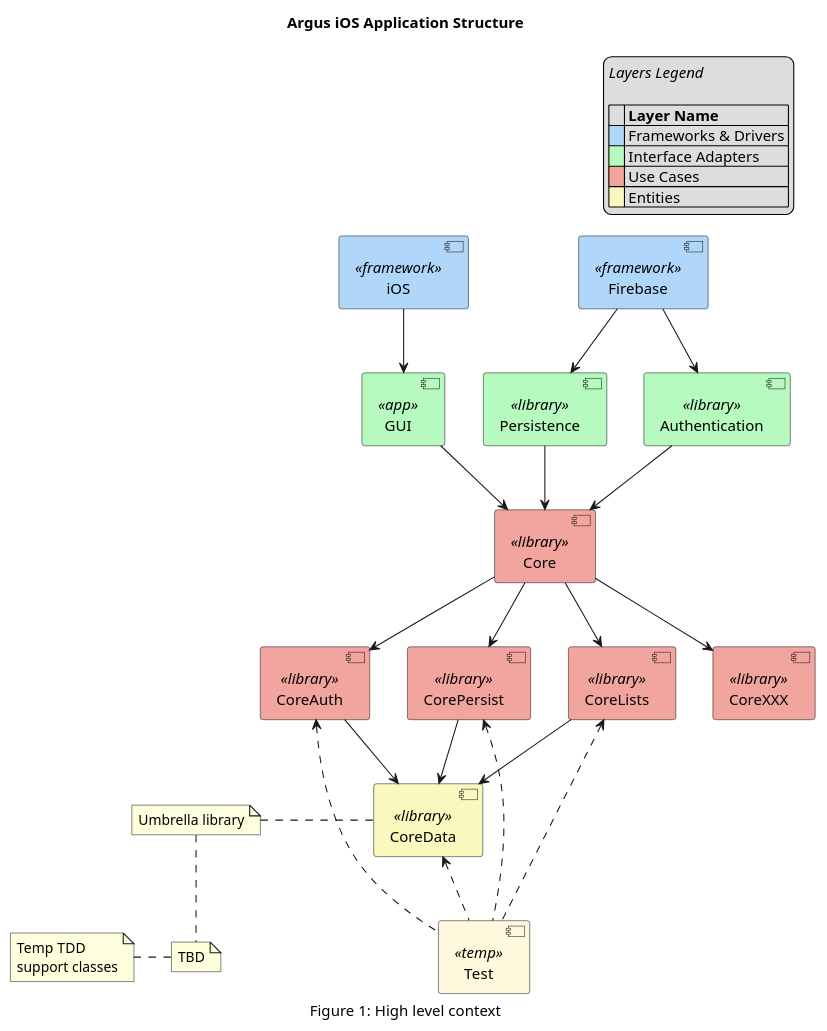
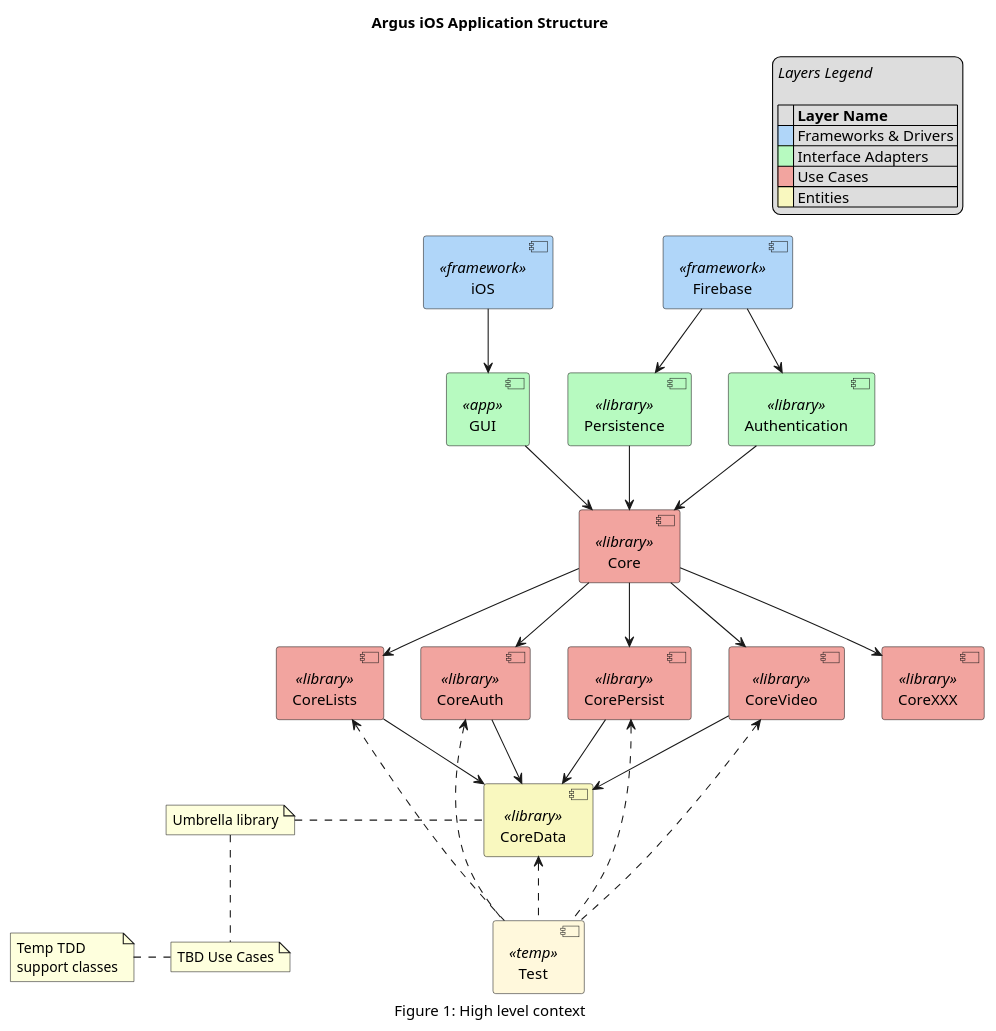
Before and after one commit to pajato/ArgusCoreSiX: the diagram in notes.org, drawn with PlantUML. The commit also changed 1 other file, not shown here.

Commit message:
Add video use case module; update the archictecture diagram.

```diff
--- a/notes.org
+++ b/notes.org
@@ -2,48 +2,52 @@
 #+begin_src plantuml :file context.png
 caption Figure 1: High level context
 title Argus iOS Application Structure
 
 legend top right
 <i>Layers Legend</i>
 
 | |= Layer Name |
 |<back:#B0D6F9>    </back>| Frameworks & Drivers |
 |<back:#B7FAC0>    </back>| Interface Adapters |
 |<back:#F2A49F>    </back>| Use Cases |
 |<back:#F9F8BF>    </back>| Entities |
 endlegend
 
 [iOS] <<framework>> #B0D6F9
 [GUI] <<app>> #B7FAC0
 [Firebase] <<framework>> #B0D6F9
 [Core] <<library>> #F2A49F
 [Authentication] <<library>> #B7FAC0
 [Persistence] <<library>> #B7FAC0
 [Test] <<temp>> #Cornsilk
 [CoreAuth] <<library>> #F2A49F
 [CorePersist] <<library>> #F2A49F
+[CoreVideo] <<library>> #F2A49F
 [CoreLists] <<library>> #F2A49F
 [CoreXXX] <<library>> #F2A49F
 [CoreData] <<library>> #F9F8BF
 
 [iOS] --> [GUI]
 [Firebase] --> [Authentication]
 [Firebase] --> [Persistence]
 [GUI] --> [Core]
 note left : Umbrella library
 [Authentication] --> [Core]
 [Persistence] --> [Core]
 [Core] --> [CoreAuth]
 [Core] --> [CoreLists]
 [Core] --> [CorePersist]
+[Core] --> [CoreVideo]
 [Core] --> [CoreXXX]
-note bottom : TBD
+note bottom : TBD Use Cases
 [CoreAuth] <.. [Test]
 [CorePersist] <.. [Test]
+[CoreVideo] <.. [Test]
 [CoreLists] <.. [Test]
 [CoreData] <.. [Test]
 note left : Temp TDD\nsupport classes
 [CoreAuth] --> [CoreData]
 [CorePersist] --> [CoreData]
+[CoreVideo] --> [CoreData]
 [CoreLists] --> [CoreData]
 #+end_src
```
